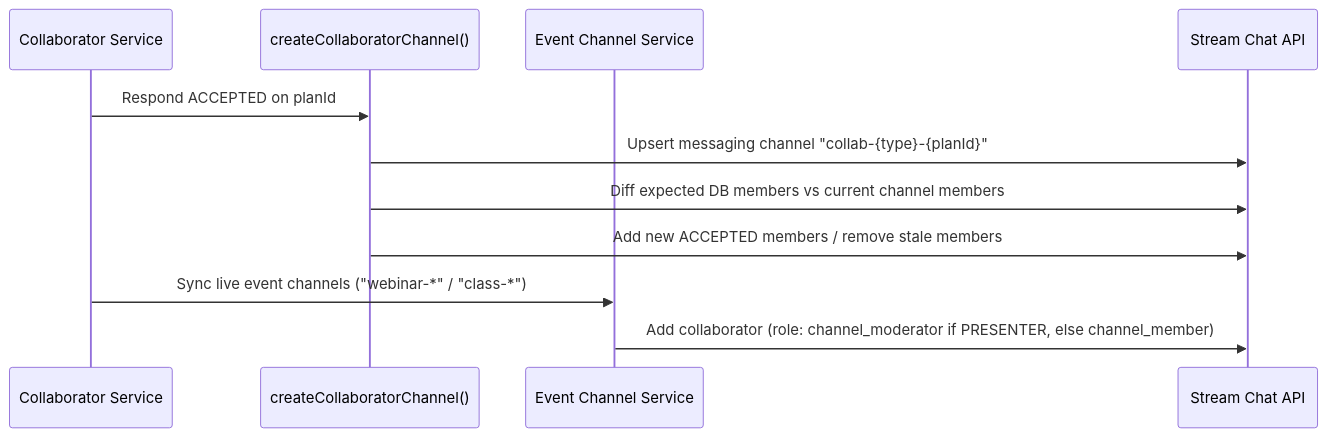
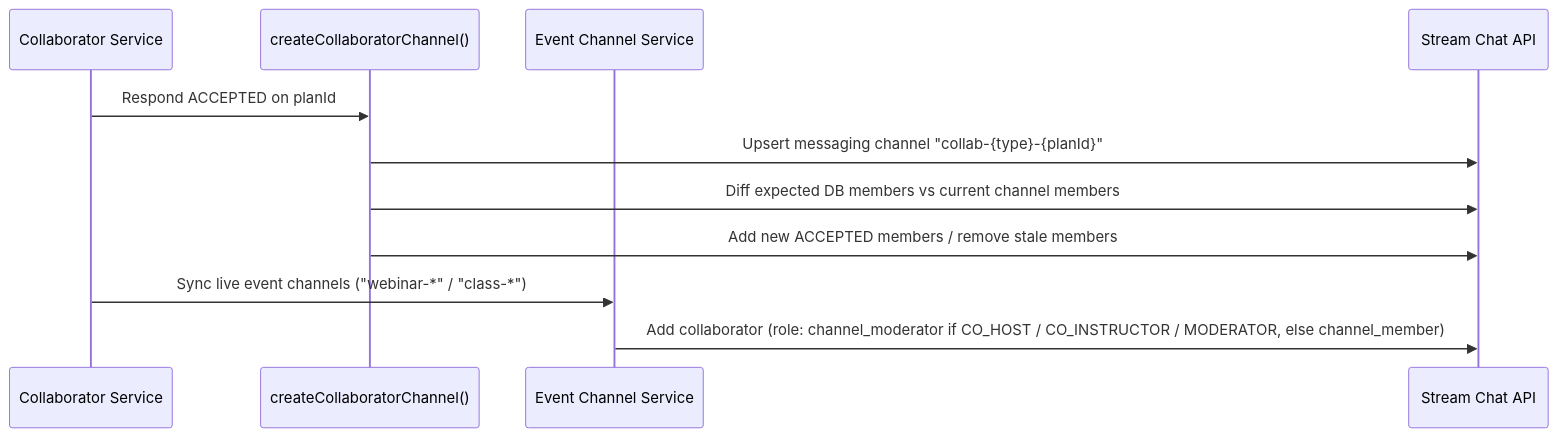
Before and after one commit to Practitionist/familiarise_web: the diagram in docs/collaborators/04-stream-chat-integration.md, drawn with Mermaid. The commit also changed other lines of this file and 39 other files, not shown here.

````diff
--- a/docs/collaborators/04-stream-chat-integration.md
+++ b/docs/collaborators/04-stream-chat-integration.md
@@ -19,14 +19,14 @@
 ```mermaid
 sequenceDiagram
     participant INV as Collaborator Service
     participant CHAT as createCollaboratorChannel()
     participant EV as Event Channel Service
     participant STREAM as Stream Chat API
 
     INV->>CHAT: Respond ACCEPTED on planId
     CHAT->>STREAM: Upsert messaging channel "collab-{type}-{planId}"
     CHAT->>STREAM: Diff expected DB members vs current channel members
     CHAT->>STREAM: Add new ACCEPTED members / remove stale members
     INV->>EV: Sync live event channels ("webinar-*" / "class-*")
-    EV->>STREAM: Add collaborator (role: channel_moderator if PRESENTER, else channel_member)
+    EV->>STREAM: Add collaborator (role: channel_moderator if CO_HOST / CO_INSTRUCTOR / MODERATOR, else channel_member)
 ```
````
